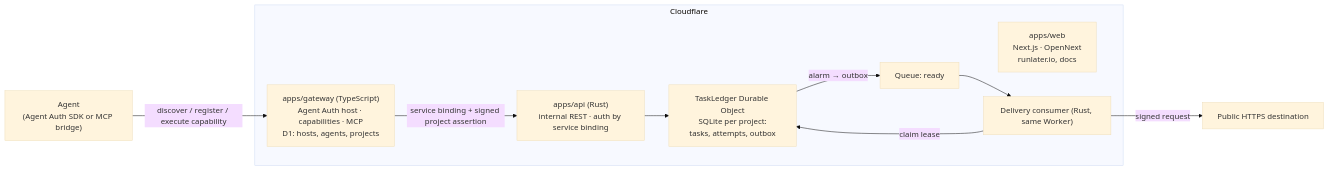
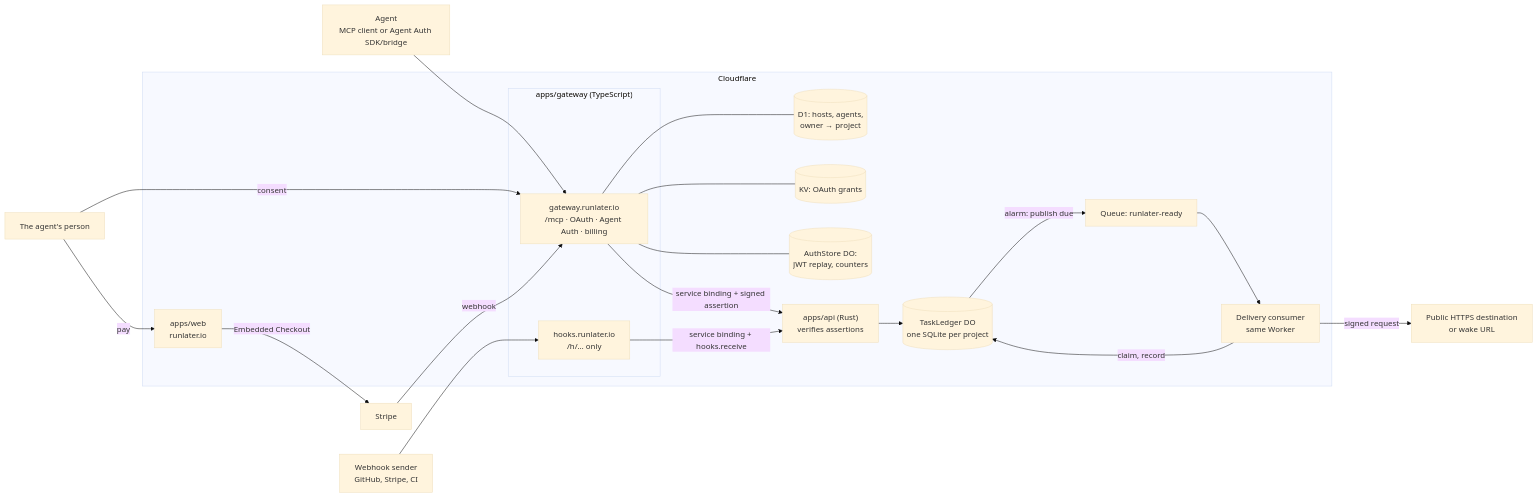
The diagram in docs/spec/ARCHITECTURE.md (thachp/agentlater), drawn with Mermaid (base theme) before and after one commit. The commit also changed other lines of this file and 4 other files, not shown here.

First line of the commit message:
Specs: bring product and architecture up to date, add design

````diff
--- a/docs/spec/ARCHITECTURE.md
+++ b/docs/spec/ARCHITECTURE.md
@@ -19,21 +19,40 @@
 ```mermaid
 flowchart LR
-    Agent["Agent<br/>(Agent Auth SDK or MCP bridge)"]
+    Agent["Agent<br/>MCP client or Agent Auth SDK/bridge"]
+    Sender["Webhook sender<br/>GitHub, Stripe, CI"]
+    Person["The agent's person"]
+    Stripe["Stripe"]
+    Dest["Public HTTPS destination<br/>or wake URL"]
+
     subgraph CF["Cloudflare"]
-        Web["apps/web<br/>Next.js · OpenNext<br/>runlater.io, docs"]
-        GW["apps/gateway (TypeScript)<br/>Agent Auth host · capabilities · MCP<br/>D1: hosts, agents, projects"]
-        API["apps/api (Rust)<br/>internal REST · auth by service binding"]
-        DO["TaskLedger Durable Object<br/>SQLite per project:<br/>tasks, attempts, outbox"]
-        Q["Queue: ready"]
-        C["Delivery consumer (Rust, same Worker)"]
+        Web["apps/web<br/>runlater.io"]
+        subgraph GWW["apps/gateway (TypeScript)"]
+            GW["gateway.runlater.io<br/>/mcp · OAuth · Agent Auth · billing"]
+            HK["hooks.runlater.io<br/>/h/… only"]
+        end
+        ID[("D1: hosts, agents,<br/>owner → project")]
+        KV[("KV: OAuth grants")]
+        AS[("AuthStore DO:<br/>JWT replay, counters")]
+        API["apps/api (Rust)<br/>verifies assertions"]
+        DO[("TaskLedger DO<br/>one SQLite per project")]
+        Q["Queue: runlater-ready"]
+        C["Delivery consumer<br/>same Worker"]
     end
-    Dest["Public HTTPS destination"]
 
-    Agent -->|discover / register / execute capability| GW
-    GW -->|service binding + signed project assertion| API
+    Agent --> GW
+    Sender --> HK
+    Person -->|consent| GW
+    Person -->|pay| Web
+    Web -->|Embedded Checkout| Stripe
+    Stripe -->|webhook| GW
+    GW --- ID
+    GW --- KV
+    GW --- AS
+    GW -->|service binding + signed assertion| API
+    HK -->|service binding + hooks.receive| API
     API --> DO
-    DO -->|alarm → outbox| Q
+    DO -->|alarm: publish due| Q
     Q --> C
-    C -->|claim lease| DO
+    C -->|claim, record| DO
     C -->|signed request| Dest
 ```
````
